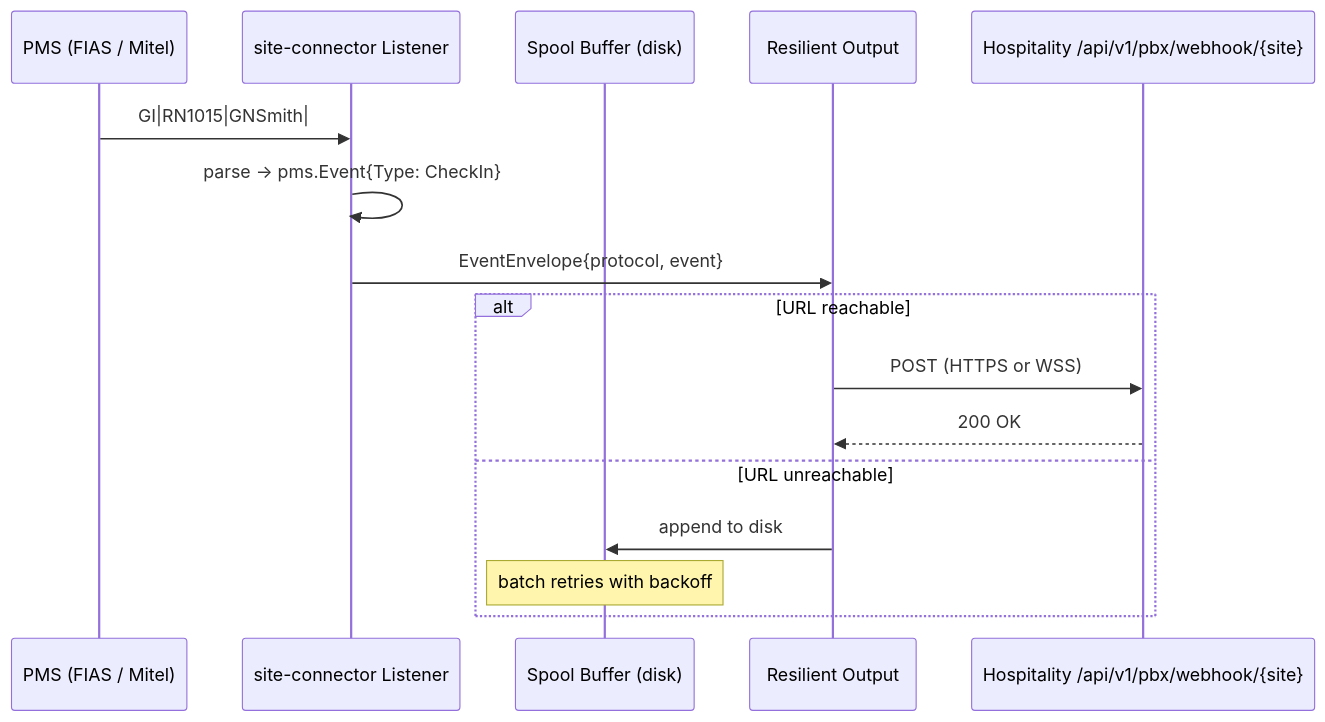
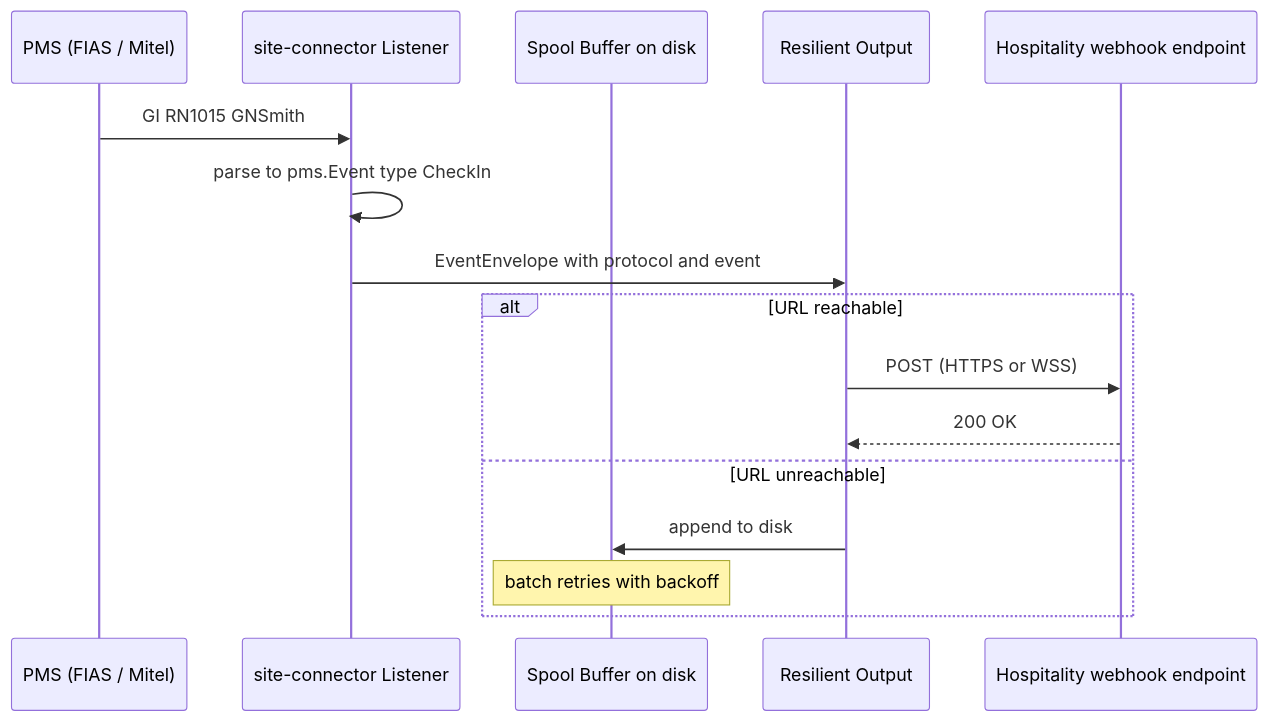
Before and after one commit to sagostin/pbx-hospitality: the seventh of 8 diagrams in docs/architecture.md, drawn with Mermaid. The commit also changed other lines of this file and 4 other files, not shown here.

First line of the commit message:
docs(mermaid): fix all 28 mermaid diagrams to render reliably

````diff
--- a/docs/architecture.md
+++ b/docs/architecture.md
@@ -424,19 +425,19 @@
 ```mermaid
 sequenceDiagram
     participant PMS as PMS (FIAS / Mitel)
     participant Listener as site-connector Listener
-    participant Buffer as Spool Buffer (disk)
+    participant Buffer as Spool Buffer on disk
     participant Output as Resilient Output
-    participant API as Hospitality /api/v1/pbx/webhook/{site}
+    participant API as Hospitality webhook endpoint
 
-    PMS->>Listener: GI|RN1015|GNSmith|
-    Listener->>Listener: parse → pms.Event{Type: CheckIn}
-    Listener->>Output: EventEnvelope{protocol, event}
+    PMS->>Listener: GI RN1015 GNSmith
+    Listener->>Listener: parse to pms.Event type CheckIn
+    Listener->>Output: EventEnvelope with protocol and event
     alt URL reachable
         Output->>API: POST (HTTPS or WSS)
         API-->>Output: 200 OK
     else URL unreachable
         Output->>Buffer: append to disk
         Note over Buffer: batch retries with backoff
     end
 ```
````
